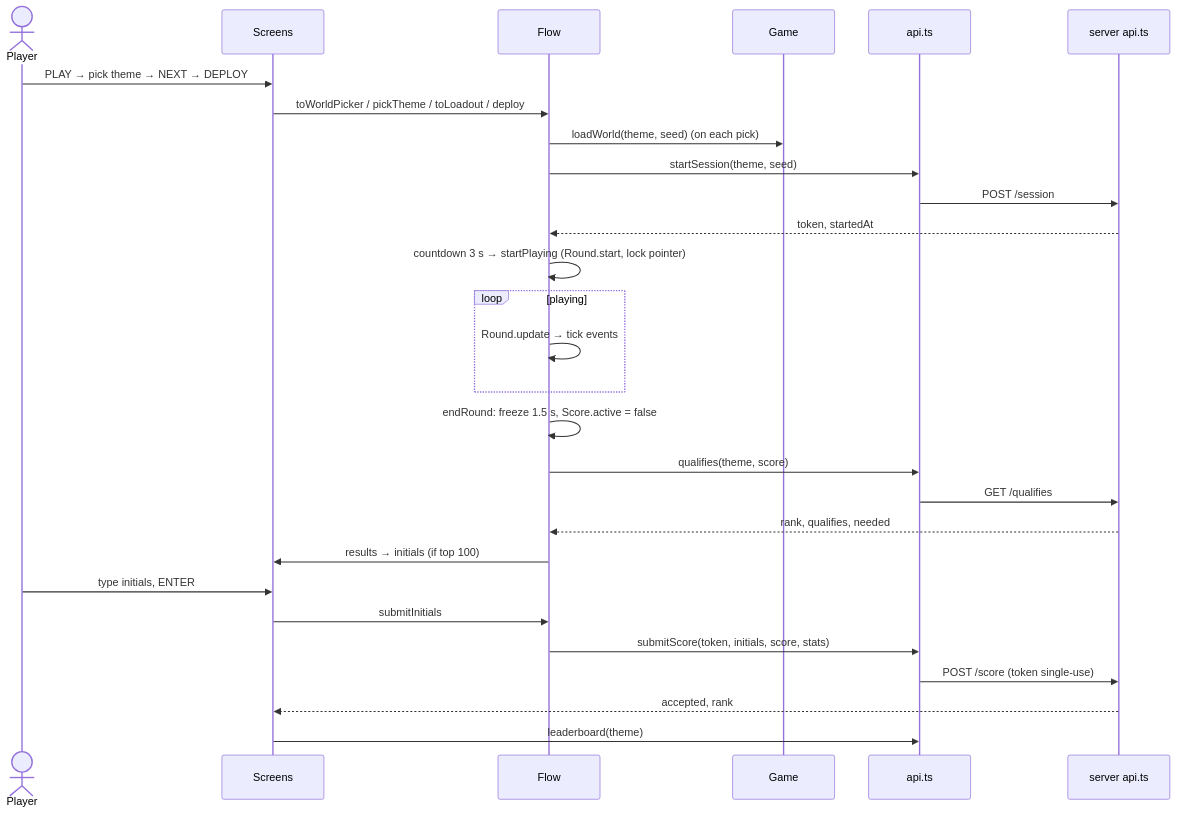
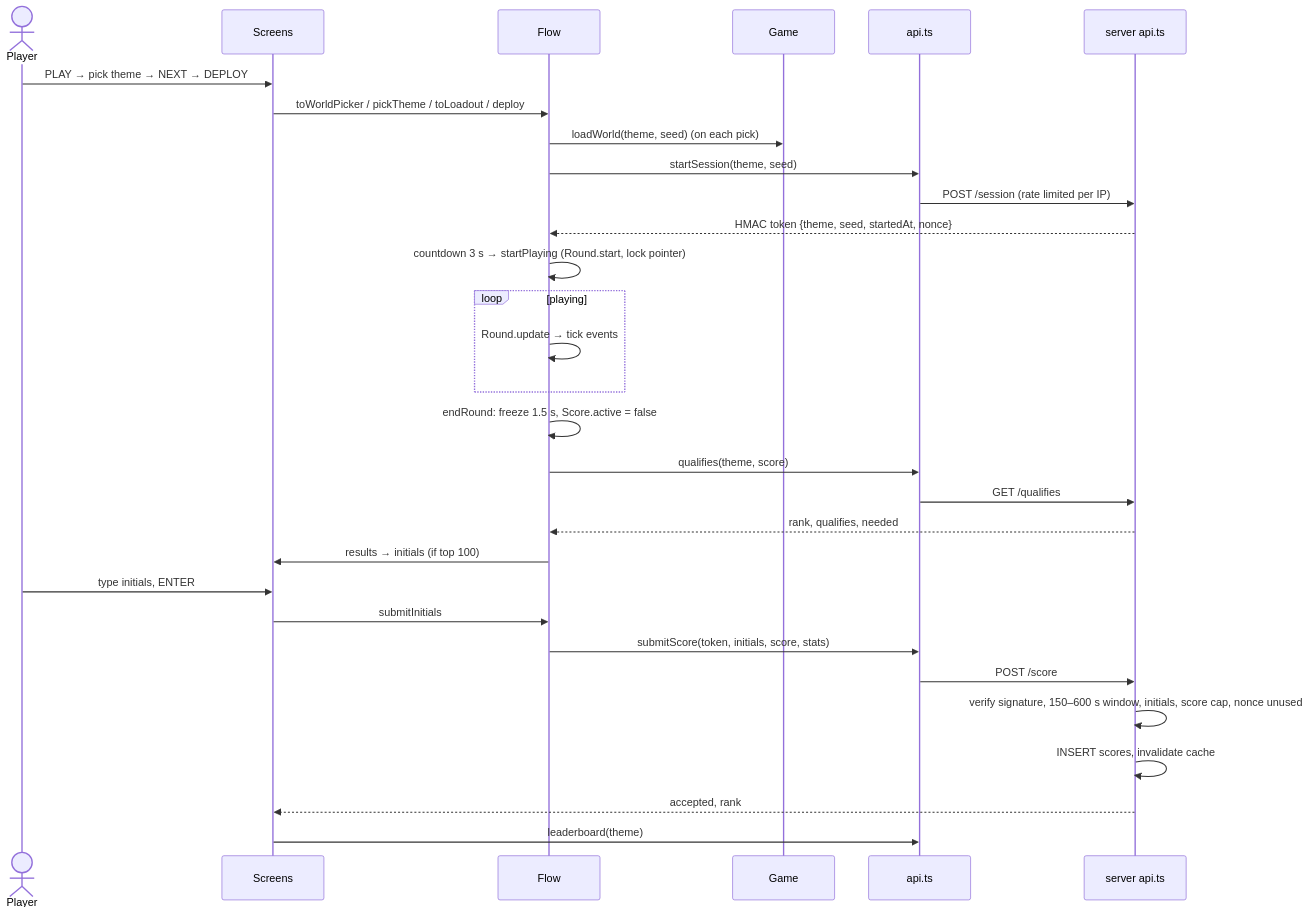
The fourth of 11 diagrams in docs/DEVELOPER-TREE.md (chesterbait88/Sandbox), drawn with Mermaid before and after one commit. The commit also changed other lines of this file and 14 other files, not shown here.

First line of the commit message:
phase 5: server — SQLite, HMAC session tokens, validation, rate limit, leaderboard cache, README, Dockerfile

````diff
--- a/docs/DEVELOPER-TREE.md
+++ b/docs/DEVELOPER-TREE.md
@@ -118,30 +124,32 @@
 ```mermaid
 sequenceDiagram
     actor U as Player
     participant S as Screens
     participant F as Flow
     participant G as Game
     participant A as api.ts
     participant SV as server api.ts
     U->>S: PLAY → pick theme → NEXT → DEPLOY
     S->>F: toWorldPicker / pickTheme / toLoadout / deploy
     F->>G: loadWorld(theme, seed) (on each pick)
     F->>A: startSession(theme, seed)
-    A->>SV: POST /session
-    SV-->>F: token, startedAt
+    A->>SV: POST /session (rate limited per IP)
+    SV-->>F: HMAC token {theme, seed, startedAt, nonce}
     F->>F: countdown 3 s → startPlaying (Round.start, lock pointer)
     loop playing
         F->>F: Round.update → tick events
     end
     F->>F: endRound: freeze 1.5 s, Score.active = false
     F->>A: qualifies(theme, score)
     A->>SV: GET /qualifies
     SV-->>F: rank, qualifies, needed
     F->>S: results → initials (if top 100)
     U->>S: type initials, ENTER
     S->>F: submitInitials
     F->>A: submitScore(token, initials, score, stats)
-    A->>SV: POST /score (token single-use)
+    A->>SV: POST /score
+    SV->>SV: verify signature, 150–600 s window, initials, score cap, nonce unused
+    SV->>SV: INSERT scores, invalidate cache
     SV-->>S: accepted, rank
     S->>A: leaderboard(theme)
 ```
````
